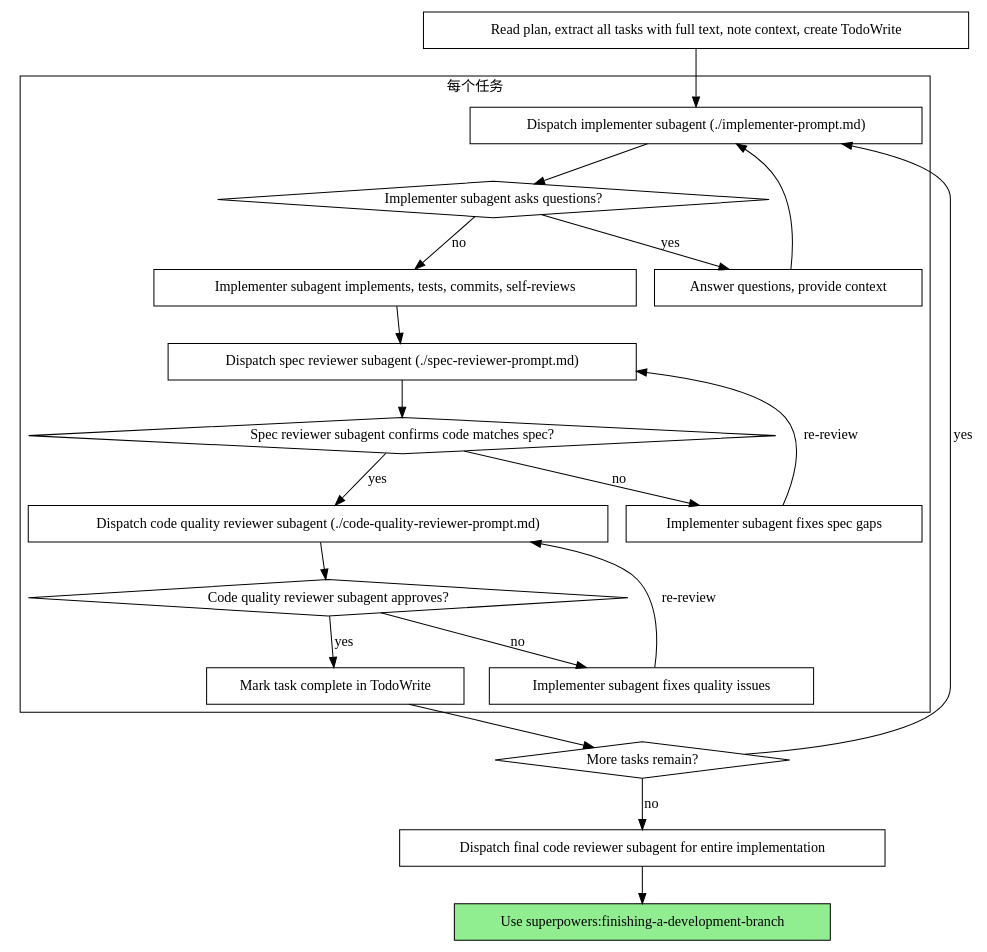
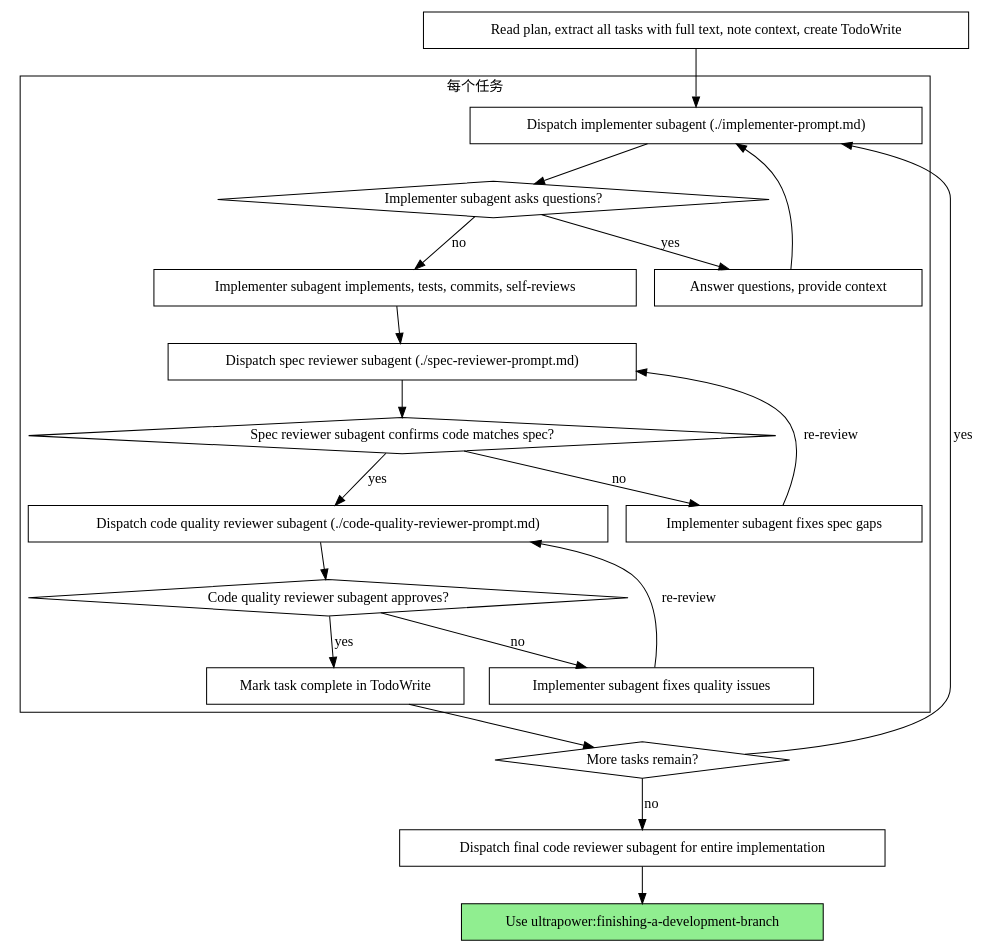
Before and after one commit to liangjie559567/ultrapower: the second of 2 diagrams in skills/subagent-driven-development/SKILL.md, drawn with Graphviz. The commit also changed other lines of this file and 18 other files, not shown here.

````diff
--- a/skills/subagent-driven-development/SKILL.md
+++ b/skills/subagent-driven-development/SKILL.md
@@ -40,44 +40,44 @@
 ```dot
 digraph process {
     rankdir=TB;
 
     subgraph cluster_per_task {
         label="每个任务";
         "Dispatch implementer subagent (./implementer-prompt.md)" [shape=box];
         "Implementer subagent asks questions?" [shape=diamond];
         "Answer questions, provide context" [shape=box];
         "Implementer subagent implements, tests, commits, self-reviews" [shape=box];
         "Dispatch spec reviewer subagent (./spec-reviewer-prompt.md)" [shape=box];
         "Spec reviewer subagent confirms code matches spec?" [shape=diamond];
         "Implementer subagent fixes spec gaps" [shape=box];
         "Dispatch code quality reviewer subagent (./code-quality-reviewer-prompt.md)" [shape=box];
         "Code quality reviewer subagent approves?" [shape=diamond];
         "Implementer subagent fixes quality issues" [shape=box];
         "Mark task complete in TodoWrite" [shape=box];
     }
 
     "Read plan, extract all tasks with full text, note context, create TodoWrite" [shape=box];
     "More tasks remain?" [shape=diamond];
     "Dispatch final code reviewer subagent for entire implementation" [shape=box];
-    "Use superpowers:finishing-a-development-branch" [shape=box style=filled fillcolor=lightgreen];
+    "Use ultrapower:finishing-a-development-branch" [shape=box style=filled fillcolor=lightgreen];
 
     "Read plan, extract all tasks with full text, note context, create TodoWrite" -> "Dispatch implementer subagent (./implementer-prompt.md)";
     "Dispatch implementer subagent (./implementer-prompt.md)" -> "Implementer subagent asks questions?";
     "Implementer subagent asks questions?" -> "Answer questions, provide context" [label="yes"];
     "Answer questions, provide context" -> "Dispatch implementer subagent (./implementer-prompt.md)";
     "Implementer subagent asks questions?" -> "Implementer subagent implements, tests, commits, self-reviews" [label="no"];
     "Implementer subagent implements, tests, commits, self-reviews" -> "Dispatch spec reviewer subagent (./spec-reviewer-prompt.md)";
     "Dispatch spec reviewer subagent (./spec-reviewer-prompt.md)" -> "Spec reviewer subagent confirms code matches spec?";
     "Spec reviewer subagent confirms code matches spec?" -> "Implementer subagent fixes spec gaps" [label="no"];
     "Implementer subagent fixes spec gaps" -> "Dispatch spec reviewer subagent (./spec-reviewer-prompt.md)" [label="re-review"];
     "Spec reviewer subagent confirms code matches spec?" -> "Dispatch code quality reviewer subagent (./code-quality-reviewer-prompt.md)" [label="yes"];
     "Dispatch code quality reviewer subagent (./code-quality-reviewer-prompt.md)" -> "Code quality reviewer subagent approves?";
     "Code quality reviewer subagent approves?" -> "Implementer subagent fixes quality issues" [label="no"];
     "Implementer subagent fixes quality issues" -> "Dispatch code quality reviewer subagent (./code-quality-reviewer-prompt.md)" [label="re-review"];
     "Code quality reviewer subagent approves?" -> "Mark task complete in TodoWrite" [label="yes"];
     "Mark task complete in TodoWrite" -> "More tasks remain?";
     "More tasks remain?" -> "Dispatch implementer subagent (./implementer-prompt.md)" [label="yes"];
     "More tasks remain?" -> "Dispatch final code reviewer subagent for entire implementation" [label="no"];
-    "Dispatch final code reviewer subagent for entire implementation" -> "Use superpowers:finishing-a-development-branch";
+    "Dispatch final code reviewer subagent for entire implementation" -> "Use ultrapower:finishing-a-development-branch";
 }
 ```
````
